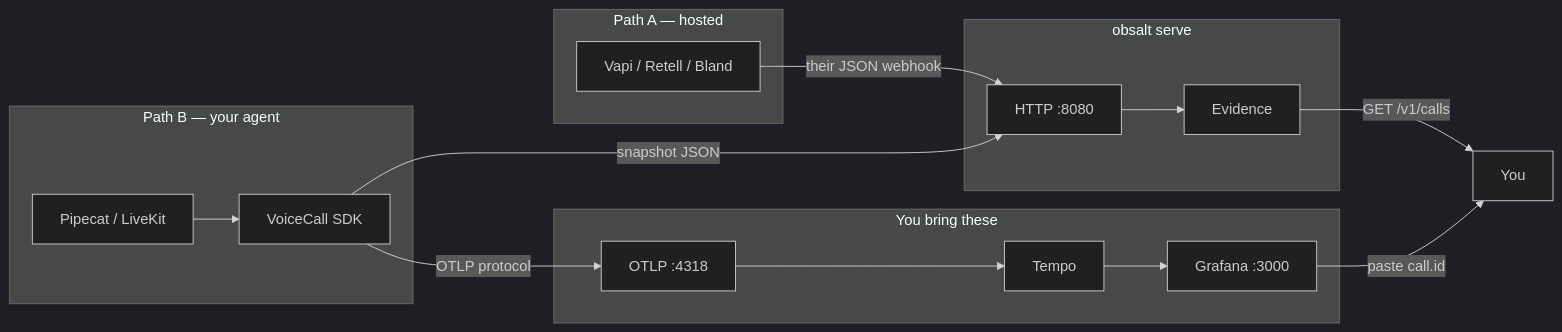
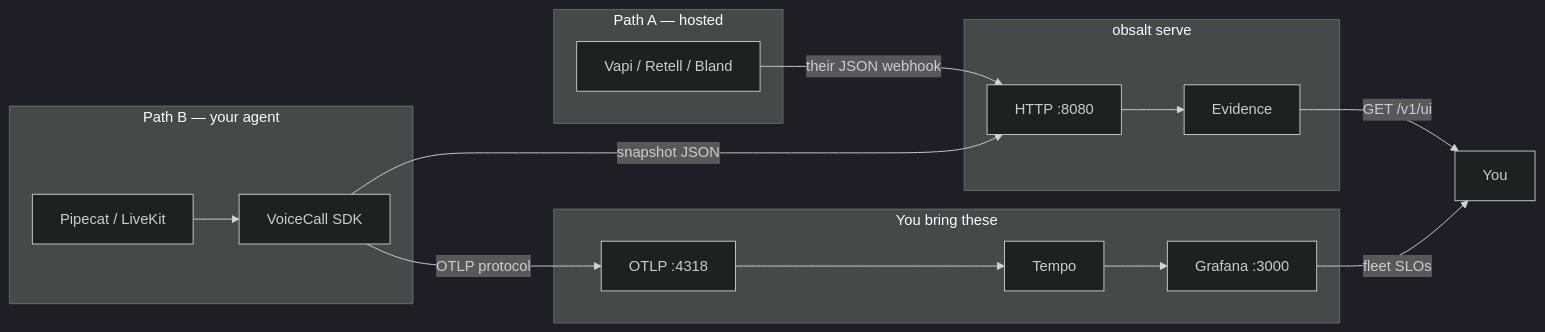
The diagram in README.md (obsalt/obsalt-legacy), drawn with Mermaid (dark theme) before and after one commit. The commit also changed other lines of this file and 30 other files, not shown here.

````diff
--- a/README.md
+++ b/README.md
@@ -17,27 +17,27 @@
 ```mermaid
 flowchart LR
   subgraph pathA ["Path A — hosted"]
     Vendor["Vapi / Retell / Bland"]
   end
   subgraph pathB ["Path B — your agent"]
     Agent["Pipecat / LiveKit"]
     SDK["VoiceCall SDK"]
     Agent --> SDK
   end
   subgraph obsaltBox ["obsalt serve"]
     Server["HTTP :8080"]
     Store["Evidence"]
     Server --> Store
   end
   subgraph backends ["You bring these"]
     OTLP["OTLP :4318"]
     Tempo["Tempo"]
     Graf["Grafana :3000"]
     OTLP --> Tempo --> Graf
   end
   Vendor -->|"their JSON webhook"| Server
   SDK -->|"OTLP protocol"| OTLP
   SDK -->|"snapshot JSON"| Server
-  Store -->|"GET /v1/calls"| You["You"]
-  Graf -->|"paste call.id"| You
+  Store -->|"GET /v1/ui"| You["You"]
+  Graf -->|"fleet SLOs"| You
 ```
````
